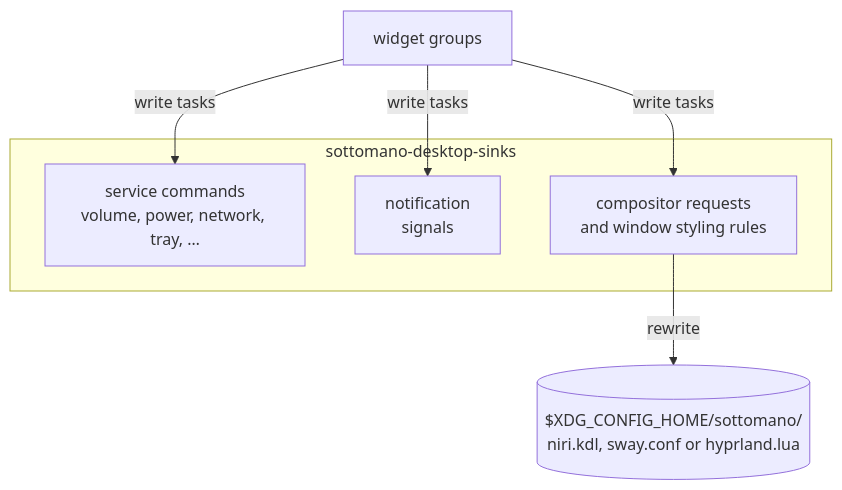
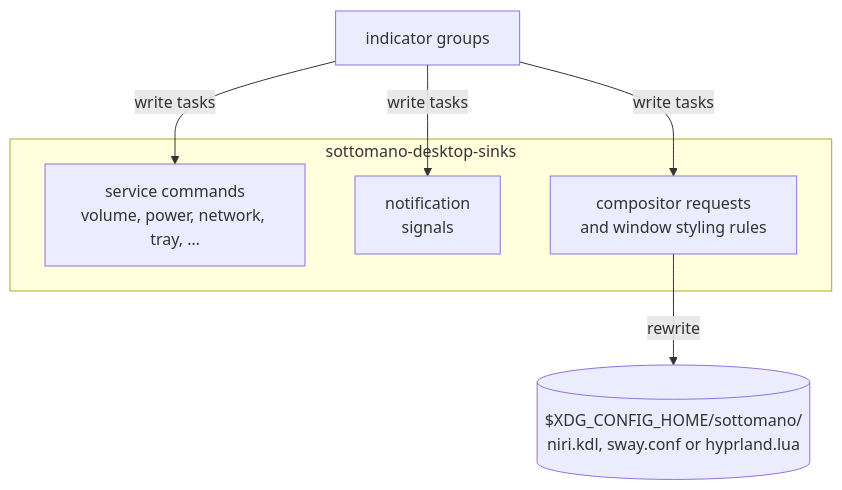
The fourth of 4 diagrams in docs/architecture.md (wvhulle/sottomano), drawn with Mermaid before and after one commit. The commit also changed other lines of this file and 499 other files, not shown here.

Commit message:
refactor: widget groups are indicator groups

````diff
--- a/docs/architecture.md
+++ b/docs/architecture.md
@@ -121,15 +121,15 @@
 ```mermaid
 flowchart TB
-  widget_groups["widget groups"]
+  indicator_groups["indicator groups"]
 
   subgraph sinks_crate [sottomano-desktop-sinks]
     service_commands["service commands<br>volume, power, network, tray, …"]
     notification_signals["notification<br>signals"]
     compositor_requests["compositor requests<br>and window styling rules"]
   end
 
   compositor_rules_file[("$XDG_CONFIG_HOME/sottomano/<br>niri.kdl, sway.conf or hyprland.lua")]
 
-  widget_groups -->|write tasks| service_commands & notification_signals & compositor_requests
+  indicator_groups -->|write tasks| service_commands & notification_signals & compositor_requests
   compositor_requests -->|rewrite| compositor_rules_file
 ```
````
